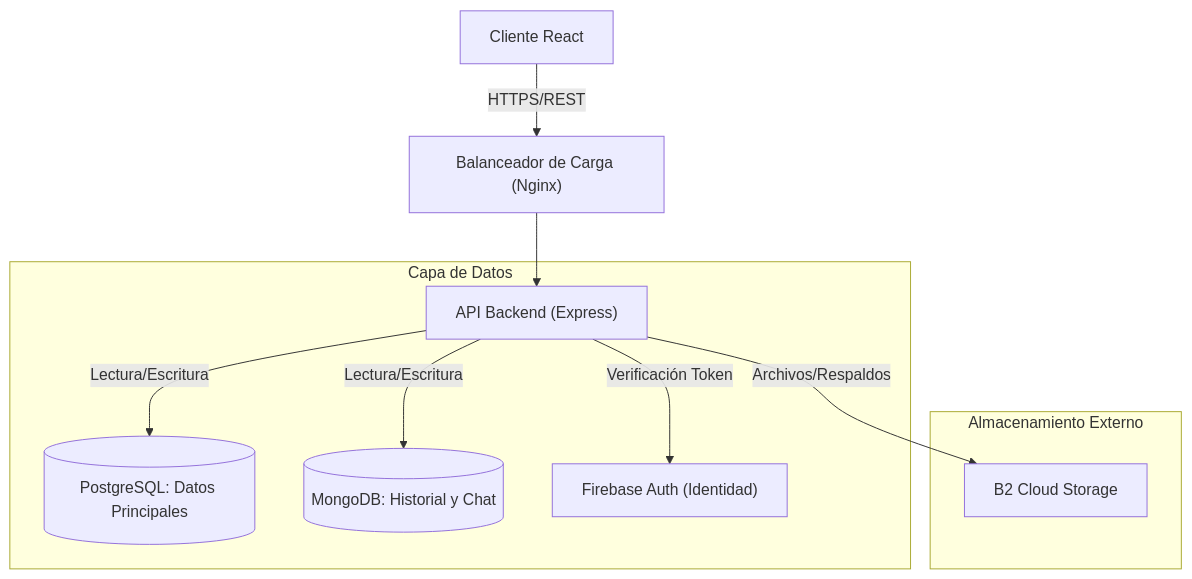
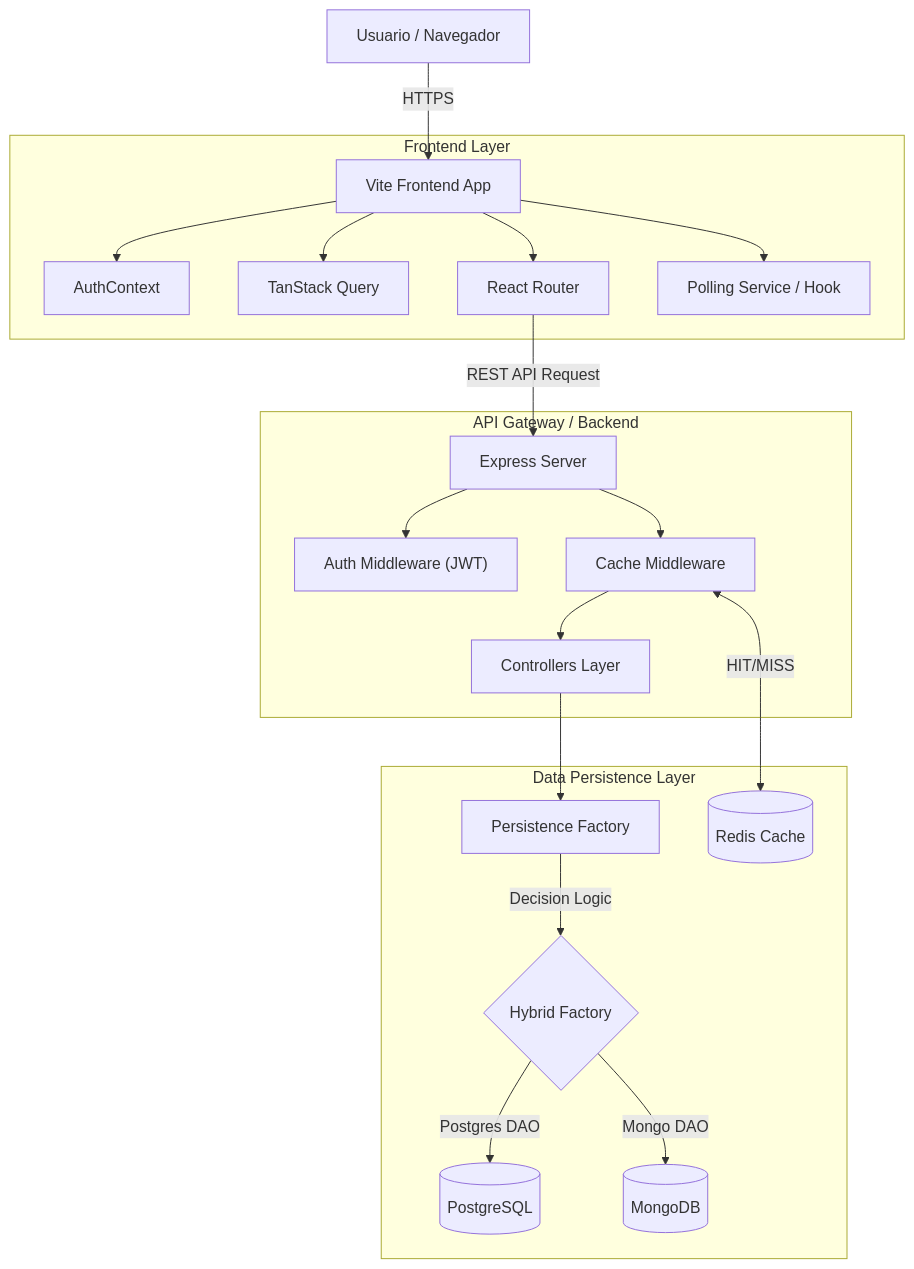
Before and after one commit to BryanS1996/Sistema_Laboratorios_Arqui: the first of 3 diagrams in README.md, drawn with Mermaid. The commit also changed other lines of this file, not shown here.

Commit message:
Docs: Update README.md with Redis caching and refined architecture diagram

````diff
--- a/README.md
+++ b/README.md
@@ -56,15 +55,27 @@
 ```mermaid
 graph TD
-    Client["Cliente React"] -->|HTTPS/REST| LB["Balanceador de Carga (Nginx)"]
-    LB --> API["API Backend (Express)"]
+    User[Usuario / Navegador] -->|HTTPS| Frontend[Vite Frontend App]
     
-    subgraph "Capa de Datos"
-        API -->|Lectura/Escritura| PG[("PostgreSQL: Datos Principales")]
-        API -->|Lectura/Escritura| MONGO[("MongoDB: Historial y Chat")]
-        API -->|Verificación Token| FB["Firebase Auth (Identidad)"]
+    subgraph "Frontend Layer"
+        Frontend --> AuthCtx[AuthContext]
+        Frontend --> Query[TanStack Query]
+        Frontend --> Router[React Router]
+        Frontend --> Polling[Polling Service / Hook]
     end
     
-    subgraph "Almacenamiento Externo"
-        API -->|Archivos/Respaldos| B2["B2 Cloud Storage"]
+    subgraph "API Gateway / Backend"
+        Router -->|REST API Request| Express[Express Server]
+        Express --> AuthMw["Auth Middleware (JWT)"]
+        Express --> CacheMw[Cache Middleware]
+        CacheMw --> Controllers[Controllers Layer]
+    end
+    
+    subgraph "Data Persistence Layer"
+        Controllers --> Factory[Persistence Factory]
+        Factory -->|Decision Logic| HybridDao{Hybrid Factory}
+        
+        HybridDao -->|Postgres DAO| Postgres[(PostgreSQL)]
+        HybridDao -->|Mongo DAO| MongoDB[(MongoDB)]
+        CacheMw <-->|HIT/MISS| Redis[(Redis Cache)]
     end
 ```
````
